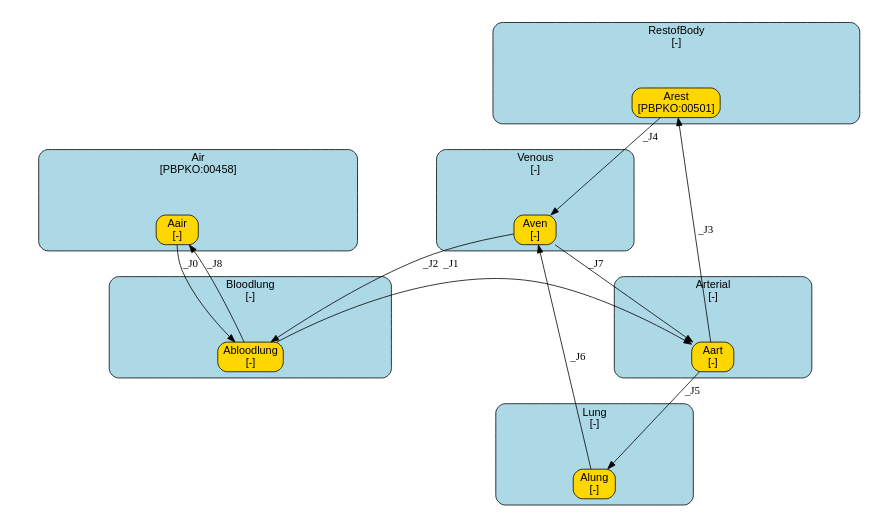
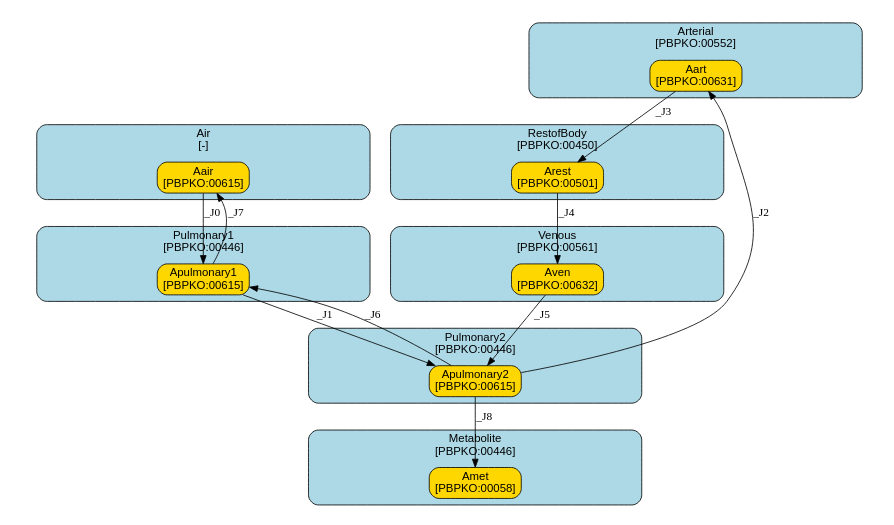
Before and after one commit to fair-pbk/exposure-route-pbk-models: the diagram in models/inhalation/Generic/Structure_C_alveolar_lung/summary.dot, drawn with Graphviz. The commit also changed 168 other files, not shown here.

```diff
--- a/models/inhalation/Generic/Structure_C_alveolar_lung/summary.dot
+++ b/models/inhalation/Generic/Structure_C_alveolar_lung/summary.dot
@@ -1,123 +1,142 @@
 digraph {
 	graph [ratio=fill,
 		size="7,4"
 	];
 	node [fontname=Arial];
 	subgraph cluster_Air {
 		graph [color=black,
 			fillcolor=lightblue,
 			fontname=Arial,
 			href="#compartment-Air",
 			label="Air
-[PBPKO:00458]",
+[-]",
 			shape=box,
 			style="filled,rounded"
 		];
 		Aair	[color=black,
 			fillcolor=gold,
 			href="#species-Aair",
 			label="Aair
-[-]",
+[PBPKO:00615]",
 			shape=box,
 			style="filled,rounded"];
 	}
 	subgraph cluster_Arterial {
 		graph [color=black,
 			fillcolor=lightblue,
 			fontname=Arial,
 			href="#compartment-Arterial",
 			label="Arterial
-[-]",
+[PBPKO:00552]",
 			shape=box,
 			style="filled,rounded"
 		];
 		Aart	[color=black,
 			fillcolor=gold,
 			href="#species-Aart",
 			label="Aart
-[-]",
+[PBPKO:00631]",
 			shape=box,
 			style="filled,rounded"];
 	}
 	subgraph cluster_Venous {
 		graph [color=black,
 			fillcolor=lightblue,
 			fontname=Arial,
 			href="#compartment-Venous",
 			label="Venous
-[-]",
+[PBPKO:00561]",
 			shape=box,
 			style="filled,rounded"
 		];
 		Aven	[color=black,
 			fillcolor=gold,
 			href="#species-Aven",
 			label="Aven
-[-]",
+[PBPKO:00632]",
 			shape=box,
 			style="filled,rounded"];
 	}
 	subgraph cluster_RestofBody {
 		graph [color=black,
 			fillcolor=lightblue,
 			fontname=Arial,
 			href="#compartment-RestofBody",
 			label="RestofBody
-[-]",
+[PBPKO:00450]",
 			shape=box,
 			style="filled,rounded"
 		];
 		Arest	[color=black,
 			fillcolor=gold,
 			href="#species-Arest",
 			label="Arest
 [PBPKO:00501]",
 			shape=box,
 			style="filled,rounded"];
 	}
-	subgraph cluster_Lung {
+	subgraph cluster_Pulmonary1 {
 		graph [color=black,
 			fillcolor=lightblue,
 			fontname=Arial,
-			href="#compartment-Lung",
-			label="Lung
-[-]",
+			href="#compartment-Pulmonary1",
+			label="Pulmonary1
+[PBPKO:00446]",
 			shape=box,
 			style="filled,rounded"
 		];
-		Alung	[color=black,
+		Apulmonary1	[color=black,
 			fillcolor=gold,
-			href="#species-Alung",
-			label="Alung
-[-]",
+			href="#species-Apulmonary1",
+			label="Apulmonary1
+[PBPKO:00615]",
 			shape=box,
 			style="filled,rounded"];
 	}
-	subgraph cluster_Bloodlung {
+	subgraph cluster_Pulmonary2 {
 		graph [color=black,
 			fillcolor=lightblue,
 			fontname=Arial,
-			href="#compartment-Bloodlung",
-			label="Bloodlung
-[-]",
+			href="#compartment-Pulmonary2",
+			label="Pulmonary2
+[PBPKO:00446]",
 			shape=box,
 			style="filled,rounded"
 		];
-		Abloodlung	[color=black,
+		Apulmonary2	[color=black,
 			fillcolor=gold,
-			href="#species-Abloodlung",
-			label="Abloodlung
-[-]",
+			href="#species-Apulmonary2",
+			label="Apulmonary2
+[PBPKO:00615]",
 			shape=box,
 			style="filled,rounded"];
 	}
-	Aair -> Abloodlung	[label=_J0];
+	subgraph cluster_Metabolite {
+		graph [color=black,
+			fillcolor=lightblue,
+			fontname=Arial,
+			href="#compartment-Metabolite",
+			label="Metabolite
+[PBPKO:00446]",
+			shape=box,
+			style="filled,rounded"
+		];
+		Amet	[color=black,
+			fillcolor=gold,
+			href="#species-Amet",
+			label="Amet
+[PBPKO:00058]",
+			shape=box,
+			style="filled,rounded"];
+	}
+	Aair -> Apulmonary1	[label=_J0];
 	Aart -> Arest	[label=_J3];
-	Aart -> Alung	[label=_J5];
-	Aven -> Aart	[label=_J7];
-	Aven -> Abloodlung	[label=_J2];
+	Aven -> Apulmonary2	[label=_J5];
 	Arest -> Aven	[label=_J4];
-	Alung -> Aven	[label=_J6];
-	Abloodlung -> Aair	[label=_J8];
-	Abloodlung -> Aart	[label=_J1];
+	Apulmonary1 -> Aair	[label=_J7];
+	Apulmonary1 -> Apulmonary2	[label=_J1];
+	Apulmonary2 -> Aart	[label=_J2];
+	Apulmonary2 -> Apulmonary1	[label=_J6];
+	Apulmonary2 -> Amet	[label=_J8,
+		minlen=1];
 }
```
